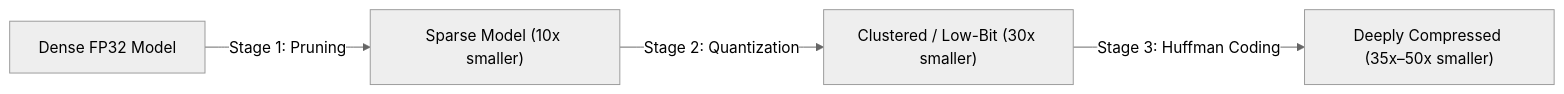
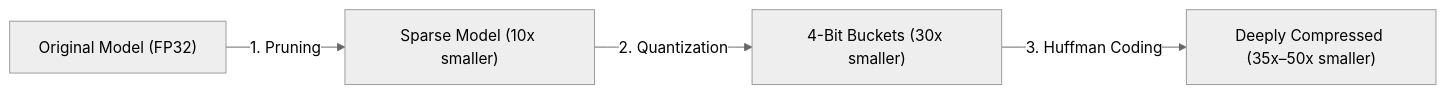
Before and after one commit to lowweihong/learning-digest: the second of 2 diagrams in content/lessons/2026-11-01-quantization-k-means-and-linear.md, drawn with Mermaid (neutral theme). The commit also changed other lines of this file and 7 other files, not shown here.

````diff
--- a/content/lessons/2026-11-01-quantization-k-means-and-linear.md
+++ b/content/lessons/2026-11-01-quantization-k-means-and-linear.md
@@ -241,6 +239,6 @@
 ```mermaid
 flowchart LR
-    A["Dense FP32 Model"] -->|Stage 1: Pruning| B["Sparse Model (10x smaller)"]
-    B -->|Stage 2: Quantization| C["Clustered / Low-Bit (30x smaller)"]
-    C -->|Stage 3: Huffman Coding| D["Deeply Compressed (35x–50x smaller)"]
+    A["Original Model (FP32)"] -->|1. Pruning| B["Sparse Model (10x smaller)"]
+    B -->|2. Quantization| C["4-Bit Buckets (30x smaller)"]
+    C -->|3. Huffman Coding| D["Deeply Compressed (35x–50x smaller)"]
 ```
````
